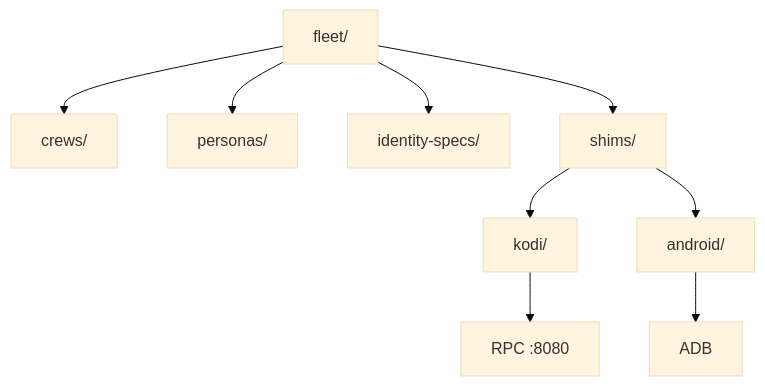
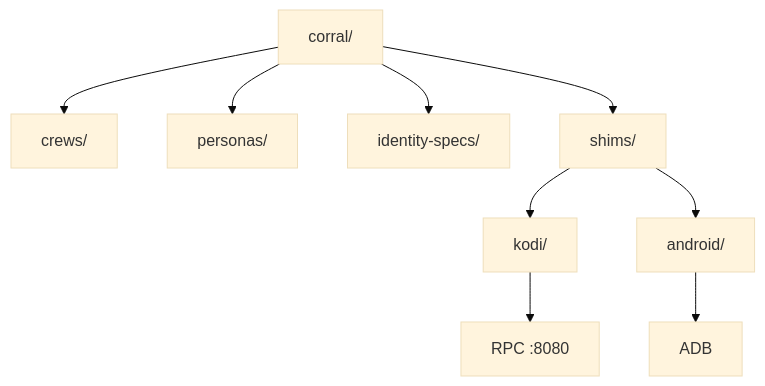
The diagram in corral/README.md (toxicwind/estate), drawn with Mermaid (base theme) before and after one commit. The commit also changed other lines of this file and 116 other files, not shown here.

Commit message:
rename: fleet/ -> corral/ (squawk owns fleet, ranch-themed)

````diff
--- a/corral/README.md
+++ b/corral/README.md
@@ -19,11 +19,11 @@
 ```mermaid
 flowchart TD
-    F[fleet/] --> C[crews/]
+    F[corral/] --> C[crews/]
     F --> P[personas/]
     F --> I[identity-specs/]
     F --> S[shims/]
     S --> K[kodi/]
     S --> A[android/]
     K --> KR[RPC :8080]
     A --> AA[ADB]
 ```
````
